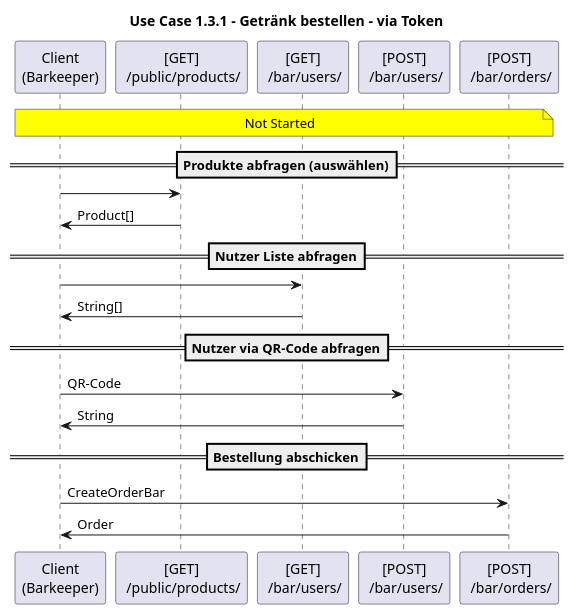
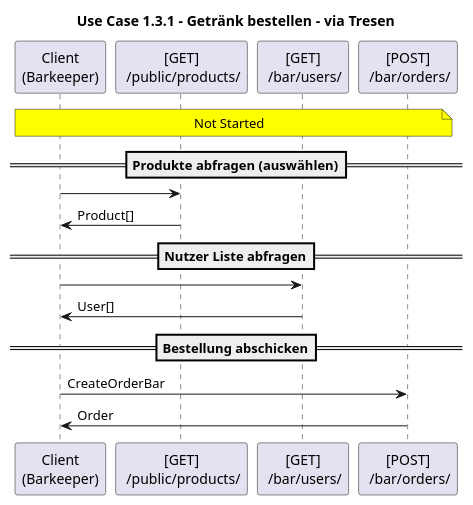
One commit to Mankianer/TresenSystem changed the sixth of 7 diagrams in docs/api-sequence-diagram/UseCase/Use-Case_1.puml. Above: the diagram before and after it, drawn with PlantUML. The commit also changed other lines of this file, not shown here.

First line of the commit message:
update Docs - UseCase 1:

```diff
--- a/docs/api-sequence-diagram/UseCase/Use-Case_1.puml
+++ b/docs/api-sequence-diagram/UseCase/Use-Case_1.puml
@@ -61,20 +58,16 @@
 @startuml
-title Use Case 1.3.1 - Getränk bestellen - via Token
+title Use Case 1.3.1 - Getränk bestellen - via Tresen
 note across #yellow: Not Started
 
 ==Produkte abfragen (auswählen)==
 "Client\n(Barkeeper)" -> "[GET]\n /public/products/":
 "Client\n(Barkeeper)" <- "[GET]\n /public/products/": Product[]
 
 ==Nutzer Liste abfragen==
 "Client\n(Barkeeper)" -> "[GET]\n /bar/users/":
-"Client\n(Barkeeper)" <- "[GET]\n /bar/users/": String[]
-
-==Nutzer via QR-Code abfragen==
-"Client\n(Barkeeper)" -> "[POST]\n /bar/users/": QR-Code
-"Client\n(Barkeeper)" <- "[POST]\n /bar/users/": String
+"Client\n(Barkeeper)" <- "[GET]\n /bar/users/": User[]
 
 ==Bestellung abschicken==
 "Client\n(Barkeeper)" -> "[POST]\n /bar/orders/": CreateOrderBar
 "Client\n(Barkeeper)" <- "[POST]\n /bar/orders/": Order
 @enduml
```
